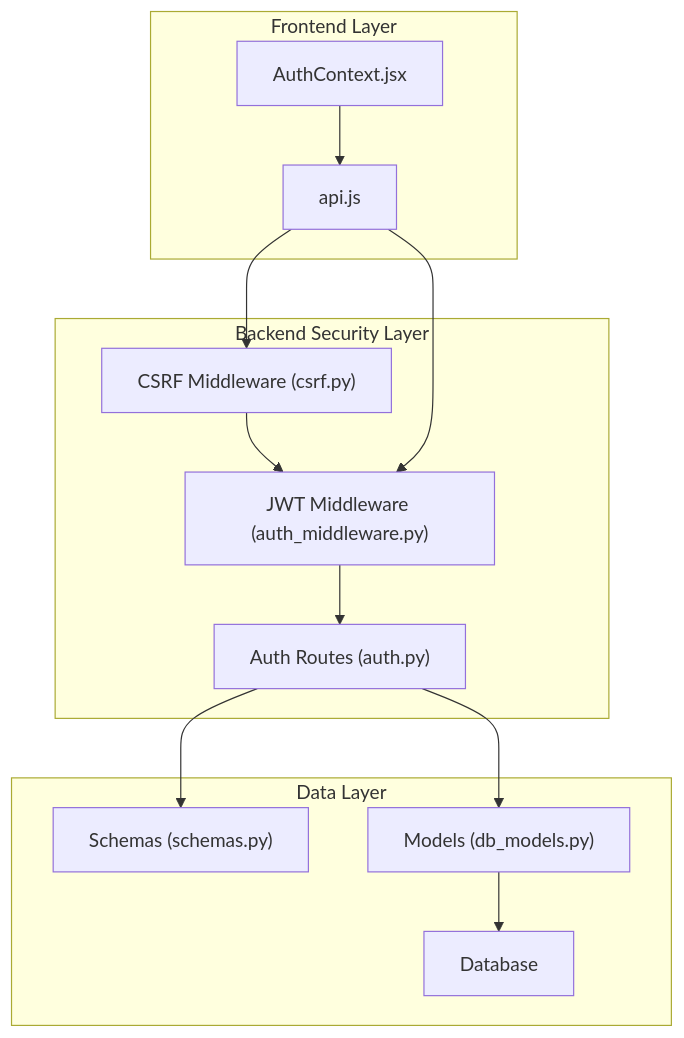
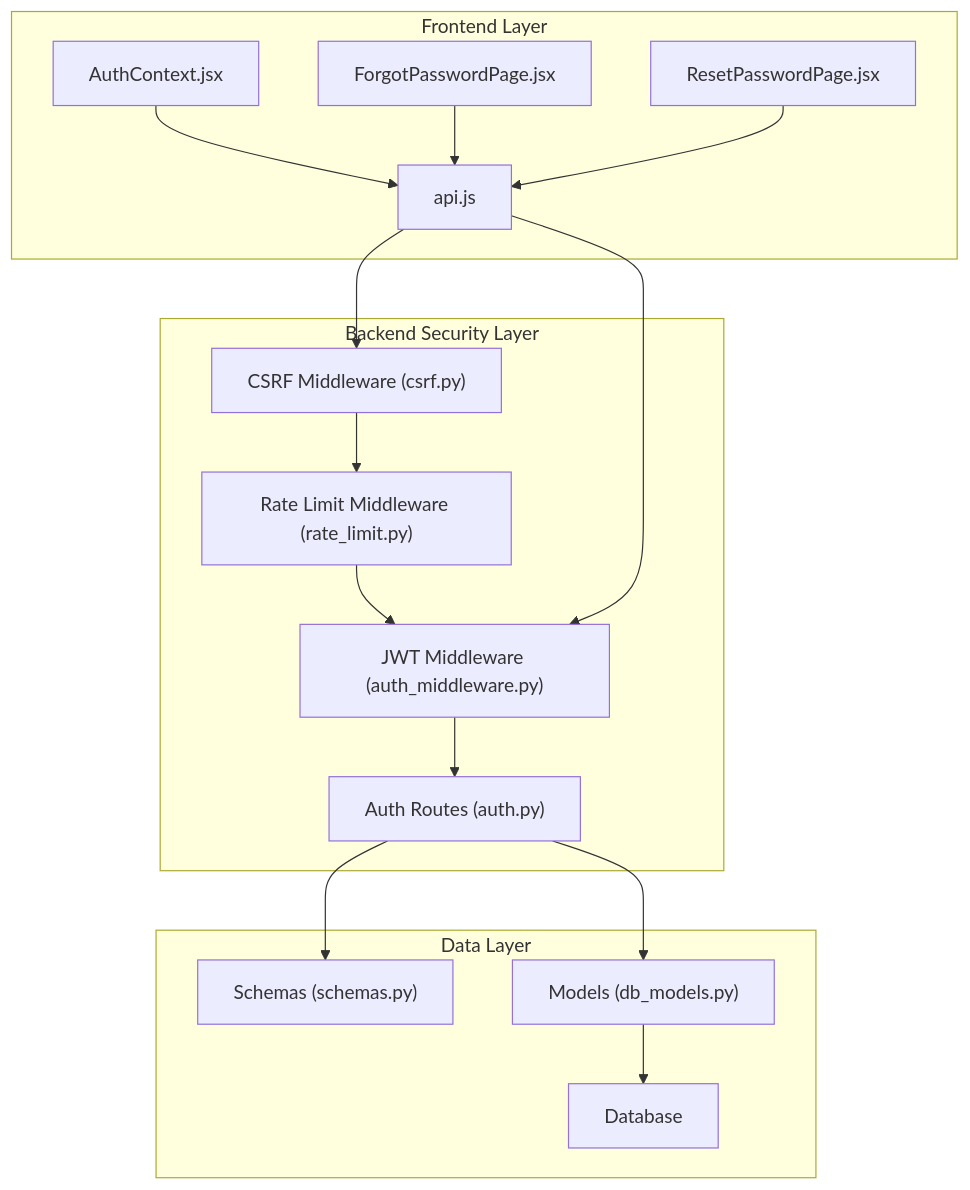
The first of 4 diagrams in .qoder/repowiki/en/content/API Reference/Authentication Endpoints.md (Revanththetalogics/aireume), drawn with Mermaid before and after one commit. The commit also changed other lines of this file and 15 other files, not shown here.

````diff
--- a/.qoder/repowiki/en/content/API Reference/Authentication Endpoints.md
+++ b/.qoder/repowiki/en/content/API Reference/Authentication Endpoints.md
@@ -56,25 +68,31 @@
 ```mermaid
 graph TB
 subgraph "Backend Security Layer"
 CSRF["CSRF Middleware (csrf.py)"]
+RATE["Rate Limit Middleware (rate_limit.py)"]
 AUTH["JWT Middleware (auth_middleware.py)"]
 ENDPOINTS["Auth Routes (auth.py)"]
 end
 subgraph "Data Layer"
 SCHEMAS["Schemas (schemas.py)"]
 MODELS["Models (db_models.py)"]
 DB["Database"]
 end
 subgraph "Frontend Layer"
 CONTEXT["AuthContext.jsx"]
 API["api.js"]
+FORGOT_PAGE["ForgotPasswordPage.jsx"]
+RESET_PAGE["ResetPasswordPage.jsx"]
 end
-CSRF --> AUTH
+CSRF --> RATE
+RATE --> AUTH
 AUTH --> ENDPOINTS
 ENDPOINTS --> SCHEMAS
 ENDPOINTS --> MODELS
 MODELS --> DB
 CONTEXT --> API
 API --> CSRF
 API --> AUTH
+FORGOT_PAGE --> API
+RESET_PAGE --> API
 ```
````
